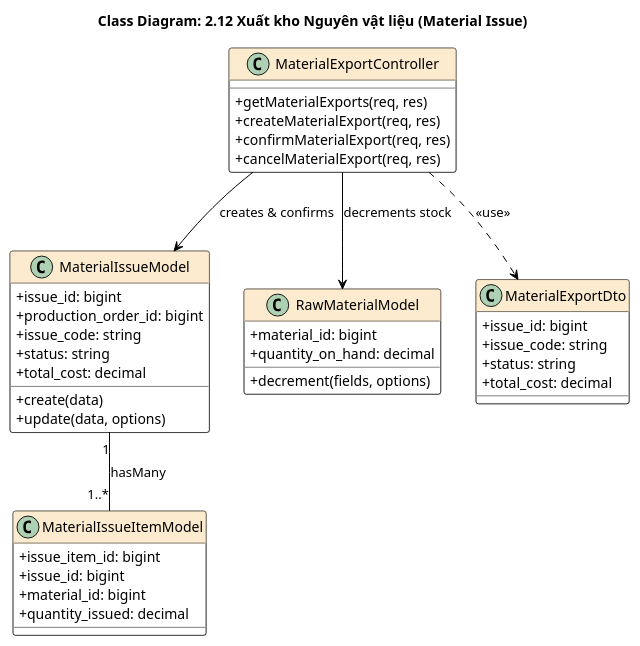
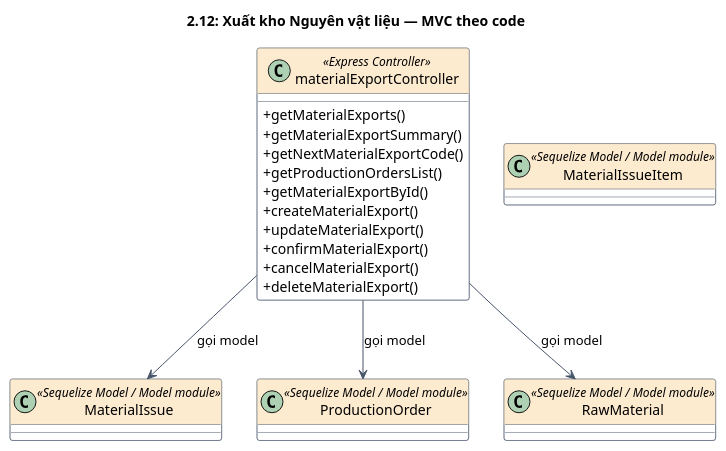
One commit to chuoois/FS-SIMS changed diagram 12 of 14 in docs/classdiagrams.md. Above: the diagram before and after it, drawn with PlantUML. The commit also changed other lines of this file and 8 other files, not shown here.

````diff
--- a/docs/classdiagrams.md
+++ b/docs/classdiagrams.md
@@ -642,54 +526,36 @@
 ```plantuml
 @startuml
 skinparam classAttributeIconSize 0
 skinparam class {
-    BackgroundColor White
-    BorderColor Black
-    ArrowColor Black
-    HeaderBackgroundColor #FDEBD0
+  BackgroundColor White
+  BorderColor #475569
+  ArrowColor #475569
+  HeaderBackgroundColor #FDEBD0
 }
-title Class Diagram: 2.12 Xuất kho Nguyên vật liệu (Material Issue)
+title 2.12: Xuất kho Nguyên vật liệu — MVC theo code
 
-class MaterialExportController {
-  +getMaterialExports(req, res)
-  +createMaterialExport(req, res)
-  +confirmMaterialExport(req, res)
-  +cancelMaterialExport(req, res)
+class materialExportController <<Express Controller>> {
+  +getMaterialExports()
+  +getMaterialExportSummary()
+  +getNextMaterialExportCode()
+  +getProductionOrdersList()
+  +getMaterialExportById()
+  +createMaterialExport()
+  +updateMaterialExport()
+  +confirmMaterialExport()
+  +cancelMaterialExport()
+  +deleteMaterialExport()
 }
 
-class MaterialIssueModel {
-  +issue_id: bigint
-  +production_order_id: bigint
-  +issue_code: string
-  +status: string
-  +total_cost: decimal
-  +create(data)
-  +update(data, options)
-}
+class MaterialIssue <<Sequelize Model / Model module>>
 
-class MaterialIssueItemModel {
-  +issue_item_id: bigint
-  +issue_id: bigint
-  +material_id: bigint
-  +quantity_issued: decimal
-}
+class MaterialIssueItem <<Sequelize Model / Model module>>
 
-class RawMaterialModel {
-  +material_id: bigint
-  +quantity_on_hand: decimal
-  +decrement(fields, options)
-}
+class ProductionOrder <<Sequelize Model / Model module>>
 
-class MaterialExportDto {
-  +issue_id: bigint
-  +issue_code: string
-  +status: string
-  +total_cost: decimal
-}
-
-MaterialExportController --> MaterialIssueModel : creates & confirms
-MaterialExportController --> RawMaterialModel : decrements stock
-MaterialIssueModel "1" -- "1..*" MaterialIssueItemModel : hasMany
-MaterialExportController ..> MaterialExportDto : <<use>>
+class RawMaterial <<Sequelize Model / Model module>>
+materialExportController --> MaterialIssue : gọi model
+materialExportController --> ProductionOrder : gọi model
+materialExportController --> RawMaterial : gọi model
 @enduml
 ```
````
